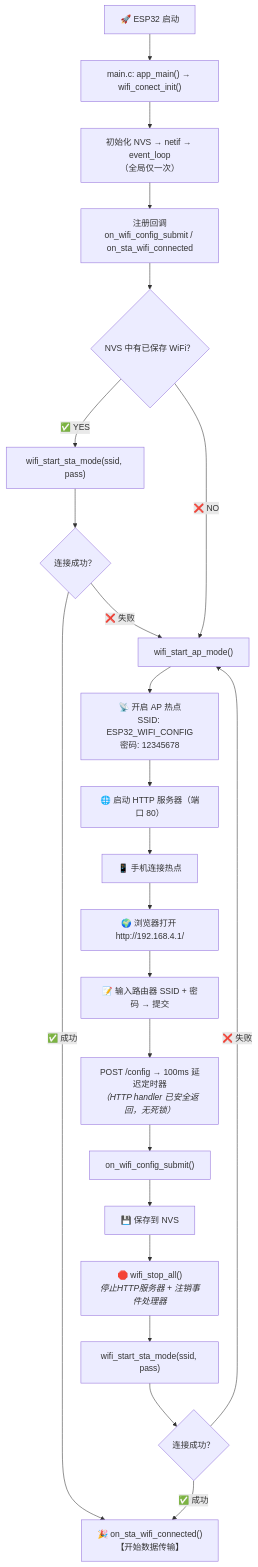
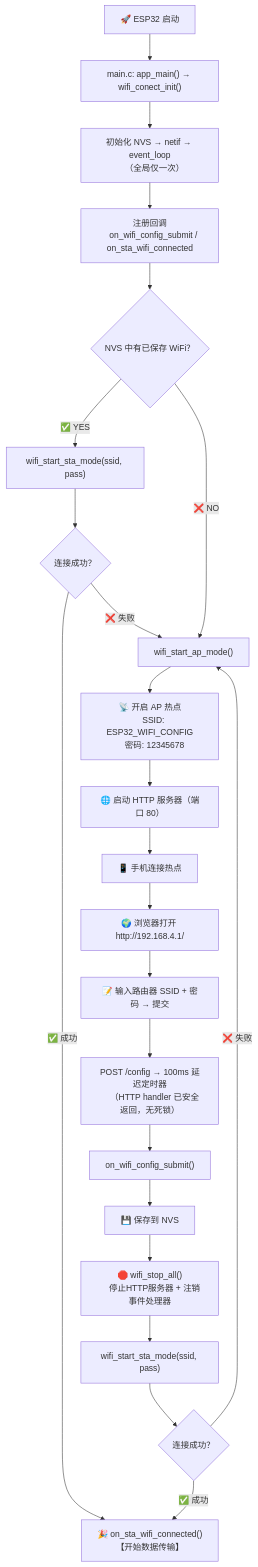
One commit to xiaohulu998/Xiaohulu_AI_Car changed the diagram in README.md. Above: the diagram before and after it, drawn with Mermaid. The commit also changed other lines of this file, not shown here.

Commit message:
更新README.md

````diff
--- a/README.md
+++ b/README.md
@@ -5,28 +5,35 @@
 ```mermaid
 flowchart TD
     A["🚀 ESP32 启动"] --> B["main.c: app_main() → wifi_conect_init()"]
-    B --> C["初始化 NVS → netif → event_loop<br/>（全局仅一次）"]
-    C --> D["注册回调<br/>on_wifi_config_submit / on_sta_wifi_connected"]
+    B --> C["初始化 NVS → netif → event_loop
+    （全局仅一次）"]
+    C --> D["注册回调
+    on_wifi_config_submit / on_sta_wifi_connected"]
     D --> E{"NVS 中有已保存 WiFi？"}
 
     E -->|✅ YES| F["wifi_start_sta_mode(ssid, pass)"]
     E -->|❌ NO| G["wifi_start_ap_mode()"]
 
     F --> H{"连接成功？"}
-    H -->|✅ 成功| I["🎉 on_sta_wifi_connected()<br/>【开始数据传输】"]
+    H -->|✅ 成功| I["🎉 on_sta_wifi_connected()
+    【开始数据传输】"]
     H -->|❌ 失败| G
 
-    G --> J["📡 开启 AP 热点<br/>SSID: ESP32_WIFI_CONFIG<br/>密码: 12345678"]
+    G --> J["📡 开启 AP 热点
+    SSID: ESP32_WIFI_CONFIG
+    密码: 12345678"]
     J --> K["🌐 启动 HTTP 服务器（端口 80）"]
     K --> L["📱 手机连接热点"]
     L --> M["🌍 浏览器打开 http://192.168.4.1/"]
     M --> N["📝 输入路由器 SSID + 密码 → 提交"]
-    N --> O["POST /config → 100ms 延迟定时器<br/><i>（HTTP handler 已安全返回，无死锁）</i>"]
+    N --> O["POST /config → 100ms 延迟定时器
+    （HTTP handler 已安全返回，无死锁）"]
     O --> P["on_wifi_config_submit()"]
     P --> Q["💾 保存到 NVS"]
-    Q --> R["🛑 wifi_stop_all()<br/><i>停止HTTP服务器 + 注销事件处理器</i>"]
+    Q --> R["🛑 wifi_stop_all()
+    停止HTTP服务器 + 注销事件处理器"]
     R --> S["wifi_start_sta_mode(ssid, pass)"]
     S --> T{"连接成功？"}
     T -->|✅ 成功| I
     T -->|❌ 失败| G
 ```
````
